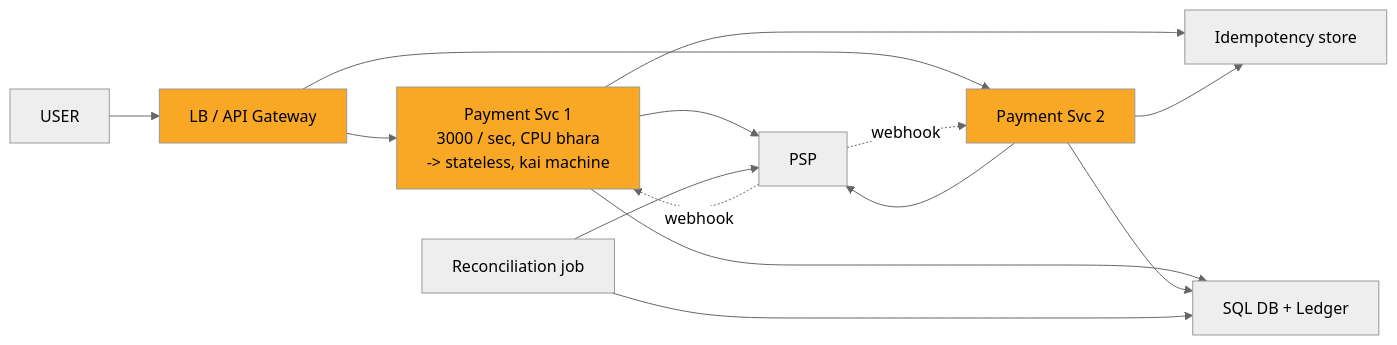
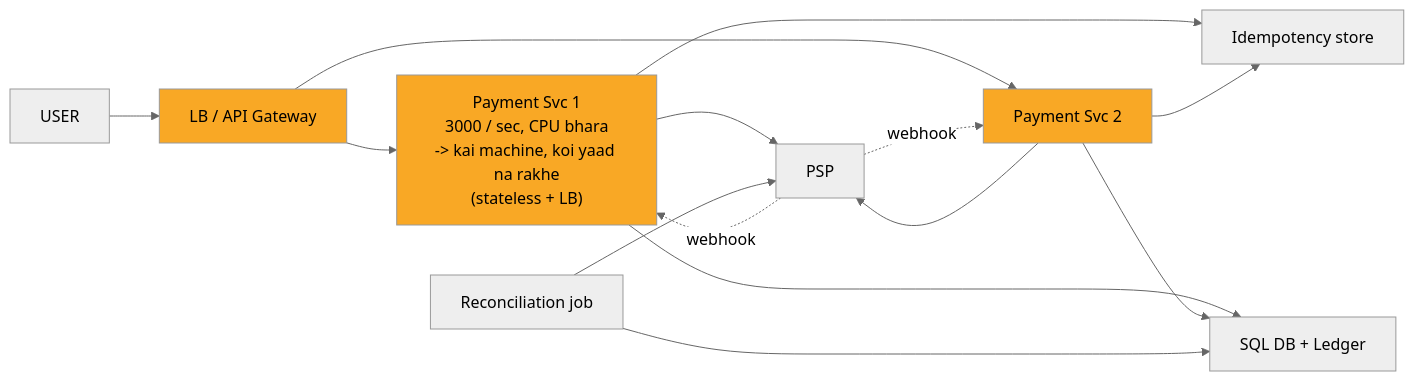
One commit to ArpanMaheshwari144/Prep changed the ninth of 12 diagrams in 04_HLD/SYSTEM_DESIGNS/06_payment_system/06_payment_system.md. Above: the diagram before and after it, drawn with Mermaid (neutral theme). The commit also changed other lines of this file and 13 other files, not shown here.

````diff
--- a/04_HLD/SYSTEM_DESIGNS/06_payment_system/06_payment_system.md
+++ b/04_HLD/SYSTEM_DESIGNS/06_payment_system/06_payment_system.md
@@ -334,27 +334,27 @@
 ```mermaid
 flowchart LR
     n_USER["USER"]
     n_LB_API_Gateway["LB / API Gateway"]
-    n_Payment_Svc_x_N_1["Payment Svc 1<br/>3000 / sec, CPU bhara<br/>-> stateless, kai machine"]
+    n_Payment_Svc_x_N_1["Payment Svc 1<br/>3000 / sec, CPU bhara<br/>-> kai machine, koi yaad na rakhe<br/>(stateless + LB)"]
     n_Payment_Svc_x_N_2["Payment Svc 2"]
     n_Idempotency_store["Idempotency store"]
     n_PSP["PSP"]
     n_DB["SQL DB + Ledger"]
     n_Reconciliation_job["Reconciliation job"]
     n_USER --> n_LB_API_Gateway
     n_LB_API_Gateway --> n_Payment_Svc_x_N_1
     n_LB_API_Gateway --> n_Payment_Svc_x_N_2
     n_Payment_Svc_x_N_1 --> n_Idempotency_store
     n_Payment_Svc_x_N_2 --> n_Idempotency_store
     n_Payment_Svc_x_N_1 --> n_PSP
     n_Payment_Svc_x_N_2 --> n_PSP
     n_Payment_Svc_x_N_1 --> n_DB
     n_Payment_Svc_x_N_2 --> n_DB
     n_Reconciliation_job --> n_DB
     n_Reconciliation_job --> n_PSP
     n_PSP -.->|webhook| n_Payment_Svc_x_N_1
     n_PSP -.->|webhook| n_Payment_Svc_x_N_2
     style n_LB_API_Gateway fill:#f9a825,color:#000
     style n_Payment_Svc_x_N_1 fill:#f9a825,color:#000
     style n_Payment_Svc_x_N_2 fill:#f9a825,color:#000
 ```
````
